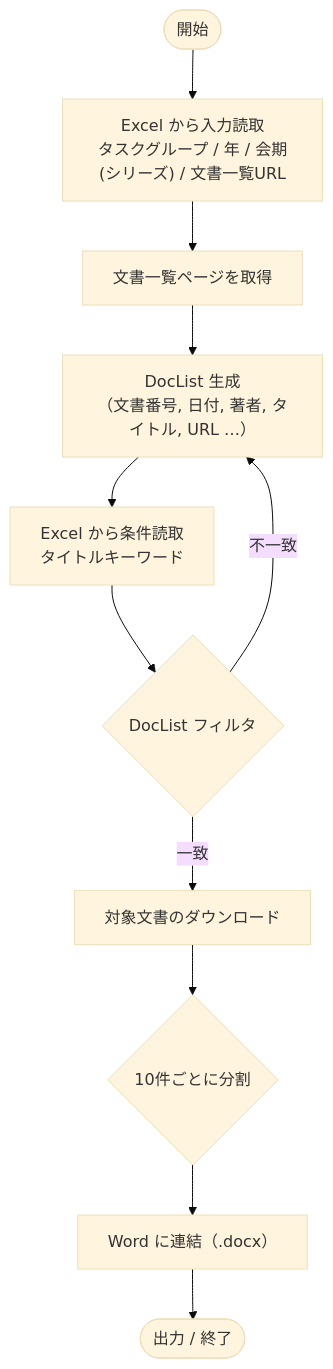
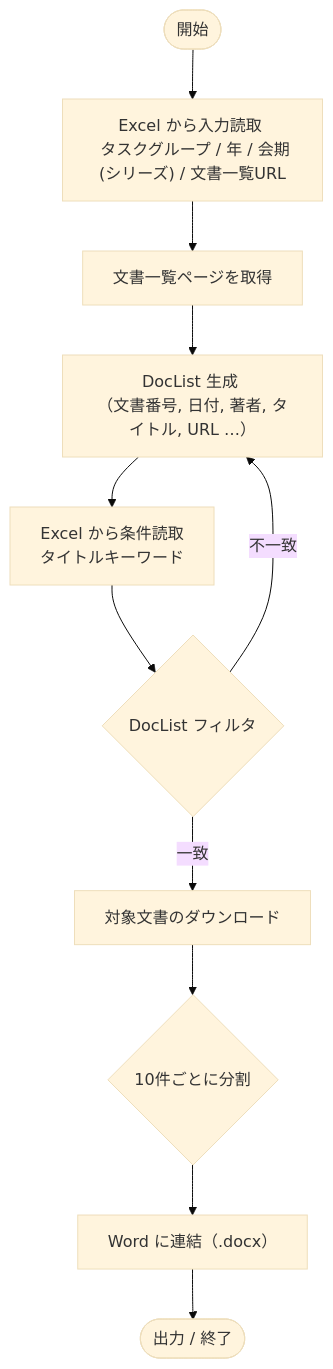
The third of 3 diagrams in README.md (tmusimesabaoi4i/get_3gpp_and_ieee), drawn with Mermaid (base theme) before and after one commit. The commit also changed other lines of this file, not shown here.

````diff
--- a/README.md
+++ b/README.md
@@ -121,16 +121,16 @@
 ```mermaid
 flowchart TB
-    A([開始]) --> B["Excel から入力読取\nタスクグループ / 年 / 会期(シリーズ) / 文書一覧URL"]
+    A([開始]) --> B["Excel から入力読取 \n タスクグループ / 年 / 会期(シリーズ) / 文書一覧URL"]
     B --> C[文書一覧ページを取得]
-    C --> D["DocList 生成\n（文書番号, 日付, 著者, タイトル, URL …）"]
+    C --> D["DocList 生成 \n（文書番号, 日付, 著者, タイトル, URL …）"]
 
-    D --> E["Excel から条件読取\nタイトルキーワード"]
+    D --> E["Excel から条件読取 \n タイトルキーワード"]
     E --> F{DocList フィルタ}
     F -->|一致| G[対象文書のダウンロード]
     F -->|不一致| D
 
     G --> H{10件ごとに分割}
     H --> I[Word に連結（.docx）]
     I --> J([出力 / 終了])
 
 ```
````
